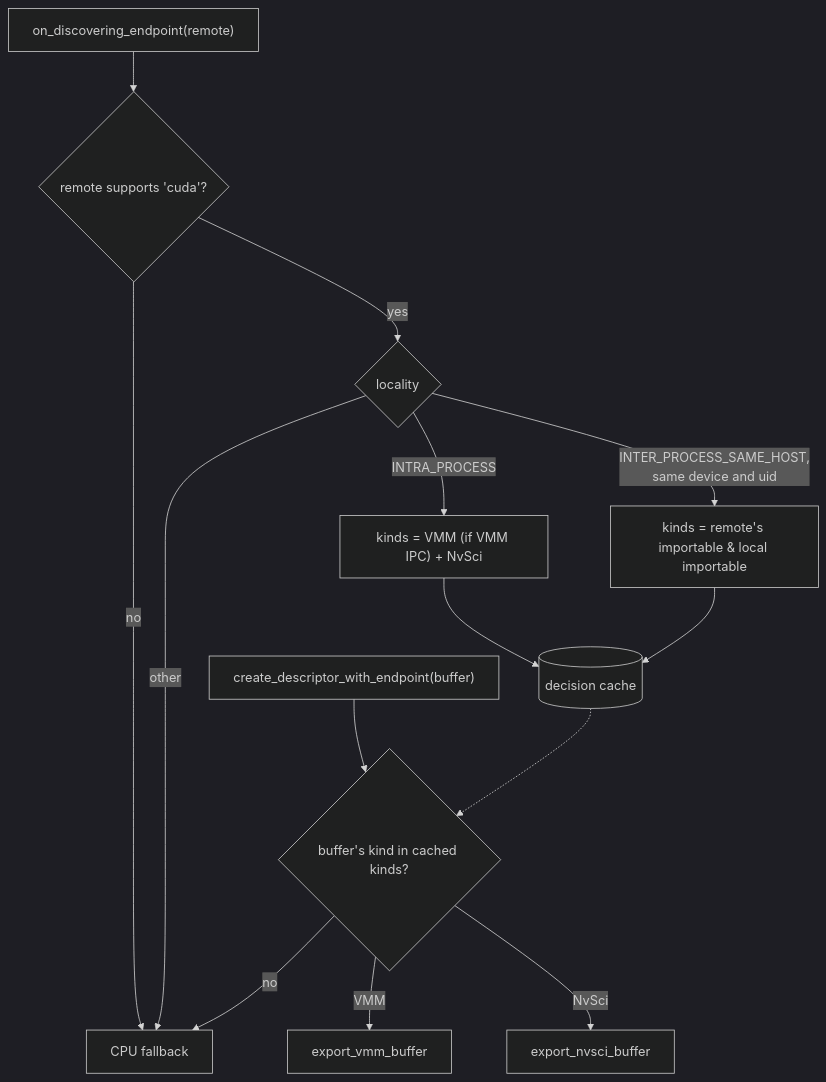
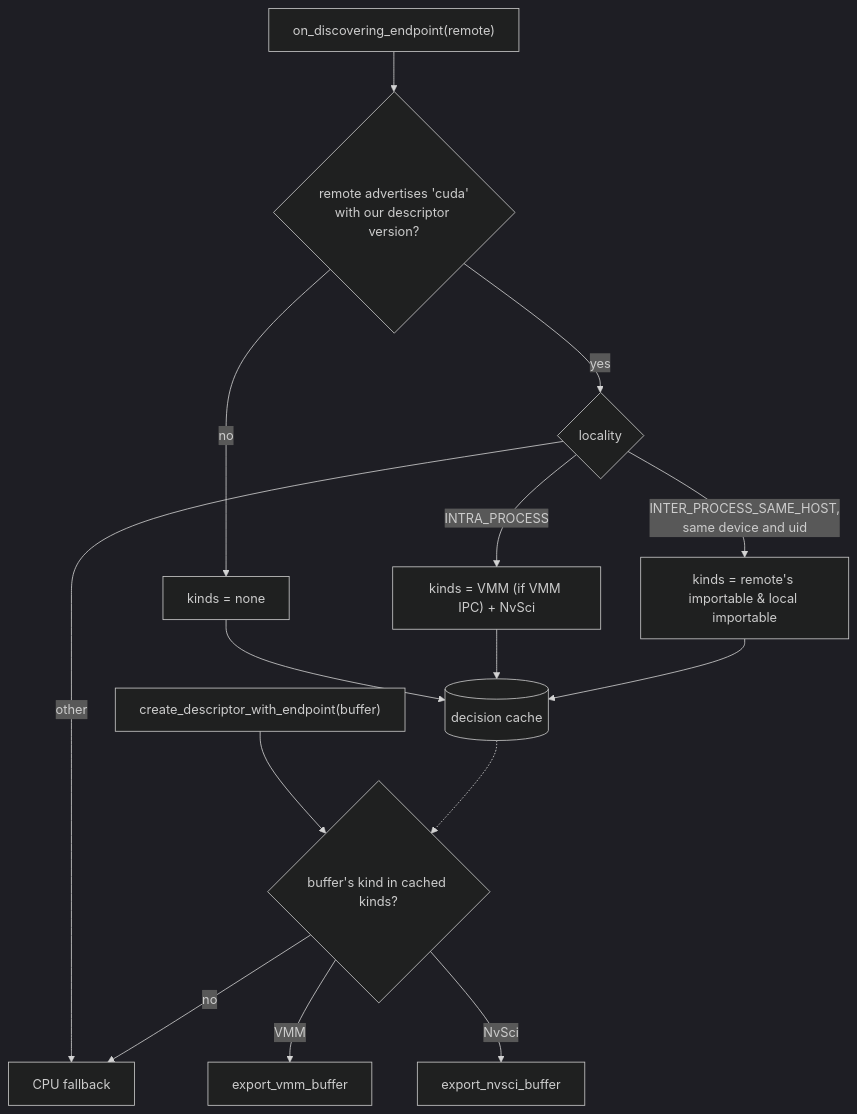
One commit to ayusmans/rosidl_buffer_backends changed the third of 8 diagrams in cuda_buffer_backend/docs/cuda_buffer_backend_design.md. Above: the diagram before and after it, drawn with Mermaid (dark theme). The commit also changed other lines of this file and 7 other files, not shown here.

First line of the commit message:
Nest per-backend fields of CudaBufferDescriptor and version its layout

````diff
--- a/cuda_buffer_backend/docs/cuda_buffer_backend_design.md
+++ b/cuda_buffer_backend/docs/cuda_buffer_backend_design.md
@@ -93,16 +93,17 @@
 ```mermaid
 flowchart TB
-  Discover["on_discovering_endpoint(remote)"] --> A{remote supports 'cuda'?}
-  A -->|no| Fallback[CPU fallback]
+  Discover["on_discovering_endpoint(remote)"] --> A{"remote advertises 'cuda'<br/>with our descriptor version?"}
+  A -->|no| K0["kinds = none"]
+  K0 --> Cache
   A -->|yes| B{locality}
   B -->|INTRA_PROCESS| K1["kinds = VMM (if VMM IPC) + NvSci"]
   B -->|"INTER_PROCESS_SAME_HOST,<br/>same device and uid"| K2["kinds = remote's importable &amp; local importable"]
-  B -->|other| Fallback
+  B -->|other| Fallback[CPU fallback]
   K1 --> Cache[(decision cache)]
   K2 --> Cache
   Publish["create_descriptor_with_endpoint(buffer)"] --> C{buffer's kind in cached kinds?}
   Cache -.-> C
   C -->|no| Fallback
   C -->|VMM| ExportVmm[export_vmm_buffer]
   C -->|NvSci| ExportSci[export_nvsci_buffer]
 ```
````
